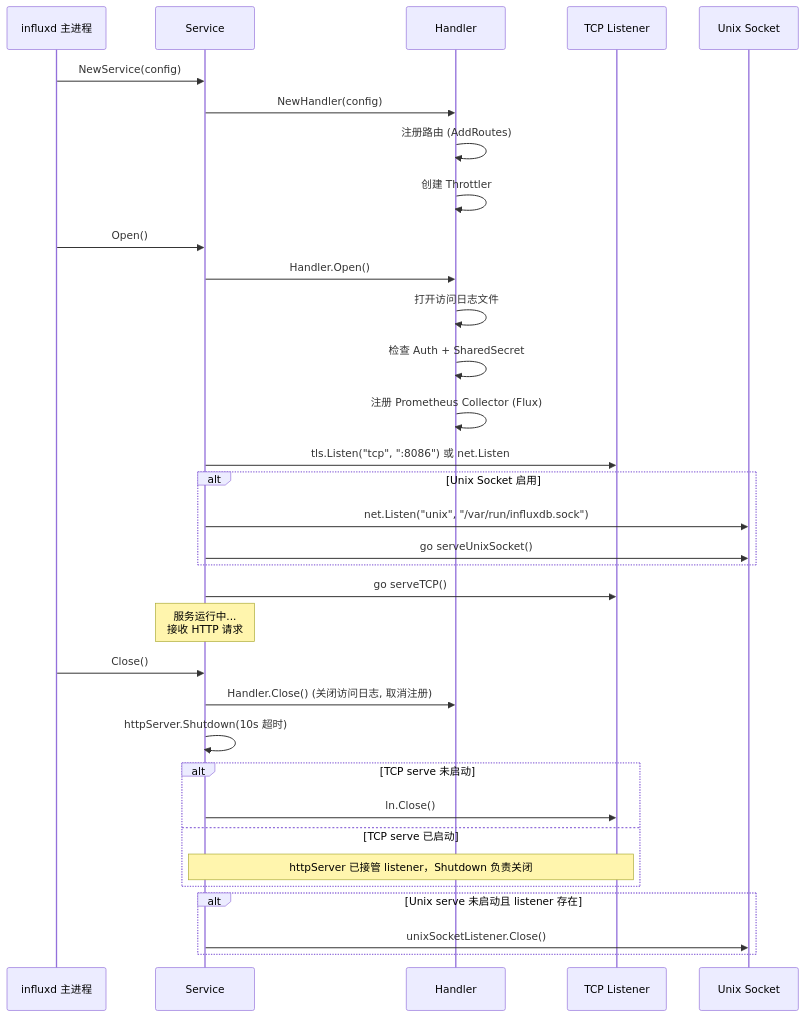
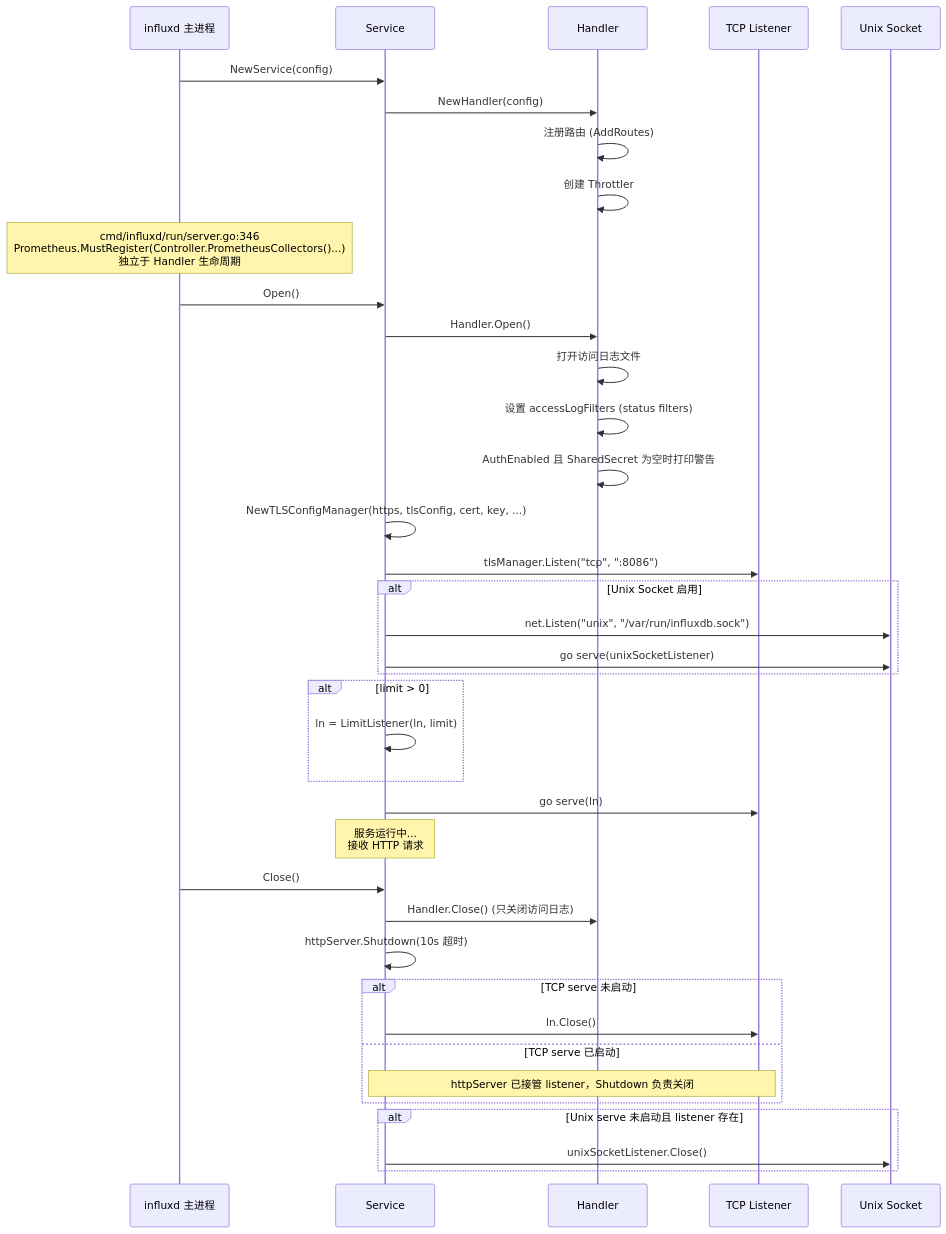
Before and after one commit to stefanv5/influxdb: the first of 16 diagrams in docs/specs/10_http_service_spec.md, drawn with Mermaid. The commit also changed other lines of this file and 16 other files, not shown here.

First line of the commit message:
docs: correct and deepen the 17 architecture specs

````diff
--- a/docs/specs/10_http_service_spec.md
+++ b/docs/specs/10_http_service_spec.md
@@ -112,40 +112,45 @@
 ```mermaid
 sequenceDiagram
     participant Main as influxd 主进程
     participant Svc as Service
     participant H as Handler
     participant TCP as TCP Listener
     participant UX as Unix Socket
 
     Main->>Svc: NewService(config)
     Svc->>H: NewHandler(config)
     H->>H: 注册路由 (AddRoutes)
     H->>H: 创建 Throttler
 
+    Note over Main: cmd/influxd/run/server.go:346<br/>Prometheus.MustRegister(Controller.PrometheusCollectors()...)<br/>独立于 Handler 生命周期
+
     Main->>Svc: Open()
     Svc->>H: Handler.Open()
     H->>H: 打开访问日志文件
-    H->>H: 检查 Auth + SharedSecret
-    H->>H: 注册 Prometheus Collector (Flux)
-
-    Svc->>TCP: tls.Listen("tcp", ":8086") 或 net.Listen
+    H->>H: 设置 accessLogFilters (status filters)
+    H->>H: AuthEnabled 且 SharedSecret 为空时打印警告
+    Svc->>Svc: NewTLSConfigManager(https, tlsConfig, cert, key, ...)
+    Svc->>TCP: tlsManager.Listen("tcp", ":8086")
     alt Unix Socket 启用
         Svc->>UX: net.Listen("unix", "/var/run/influxdb.sock")
-        Svc->>UX: go serveUnixSocket()
+        Svc->>UX: go serve(unixSocketListener)
     end
-    Svc->>TCP: go serveTCP()
+    alt limit > 0
+        Svc->>Svc: ln = LimitListener(ln, limit)
+    end
+    Svc->>TCP: go serve(ln)
 
     Note over Svc: 服务运行中...<br>接收 HTTP 请求
 
     Main->>Svc: Close()
-    Svc->>H: Handler.Close() (关闭访问日志, 取消注册)
+    Svc->>H: Handler.Close() (只关闭访问日志)
     Svc->>Svc: httpServer.Shutdown(10s 超时)
     alt TCP serve 未启动
         Svc->>TCP: ln.Close()
     else TCP serve 已启动
         Note over Svc,TCP: httpServer 已接管 listener，Shutdown 负责关闭
     end
     alt Unix serve 未启动且 listener 存在
         Svc->>UX: unixSocketListener.Close()
     end
 ```
````
